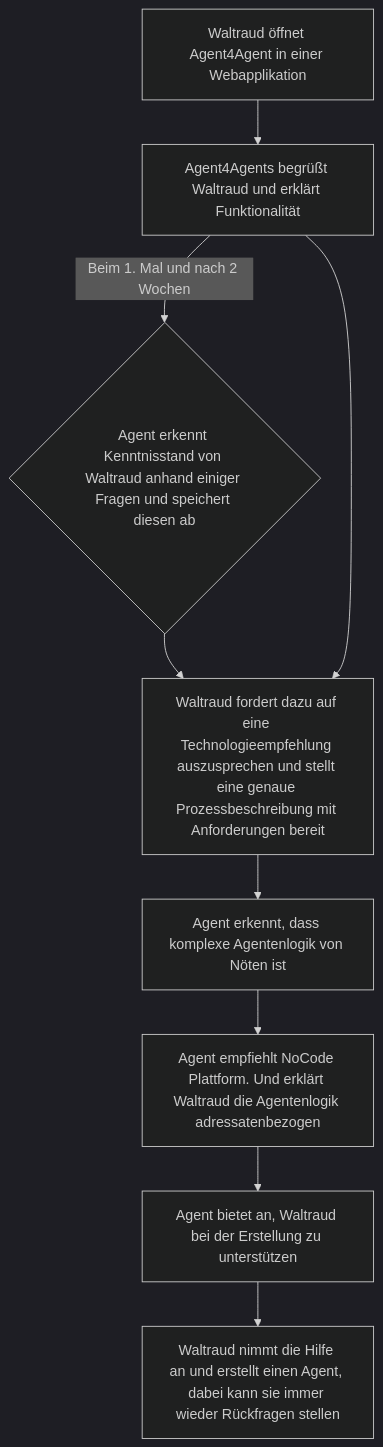
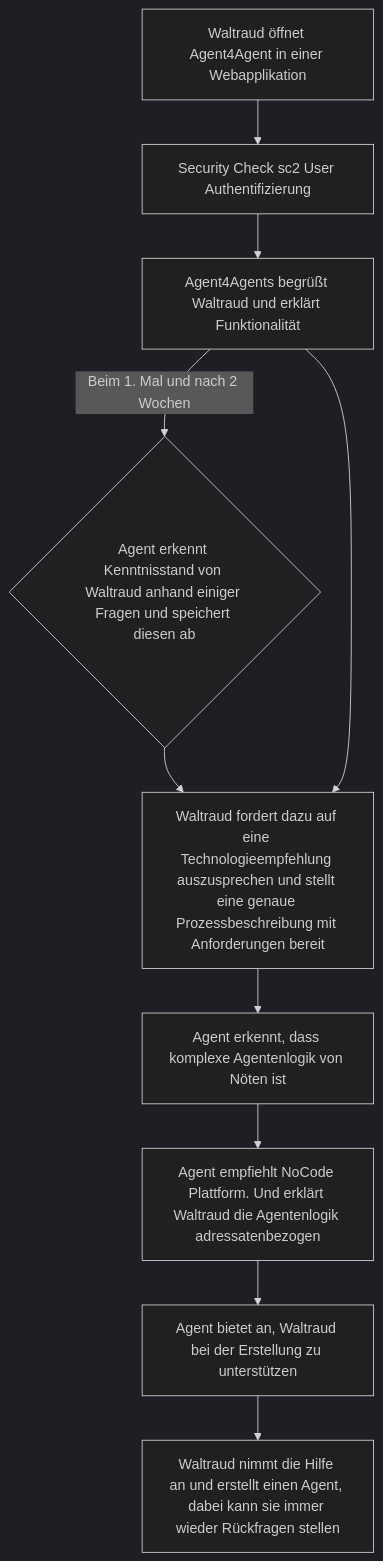
One commit to agentic-ai-ws2526-group-c/agent4agents-documentation changed the third of 4 diagrams in Ideation/User Personas and UseCases.md. Above: the diagram before and after it, drawn with Mermaid (dark theme). The commit also changed other lines of this file, not shown here.

First line of the commit message:
Added security check

````diff
--- a/Ideation/User Personas and UseCases.md
+++ b/Ideation/User Personas and UseCases.md
@@ -80,11 +82,12 @@
 ```mermaid
 graph TD
-    A[Waltraud öffnet Agent4Agent in einer Webapplikation] --> B[Agent4Agents begrüßt Waltraud und erklärt Funktionalität];
+    A[Waltraud öffnet Agent4Agent in einer Webapplikation] --> SC[Security Check sc2 User Authentifizierung];
+    SC --> B[Agent4Agents begrüßt Waltraud und erklärt Funktionalität];
     B -- "Beim 1. Mal und nach 2 Wochen" --> C{Agent erkennt Kenntnisstand von Waltraud anhand einiger Fragen und speichert diesen ab};
     C --> D[Waltraud fordert dazu auf eine Technologieempfehlung auszusprechen und stellt eine genaue Prozessbeschreibung mit Anforderungen bereit];
     B --> D;
     D --> E[Agent erkennt, dass komplexe Agentenlogik von Nöten ist];
     E --> F[Agent empfiehlt NoCode Plattform. Und erklärt Waltraud die Agentenlogik adressatenbezogen];
     F --> G[Agent bietet an, Waltraud bei der Erstellung zu unterstützen];
     G --> H[Waltraud nimmt die Hilfe an und erstellt einen Agent, dabei kann sie immer wieder Rückfragen stellen];
 ```
````
